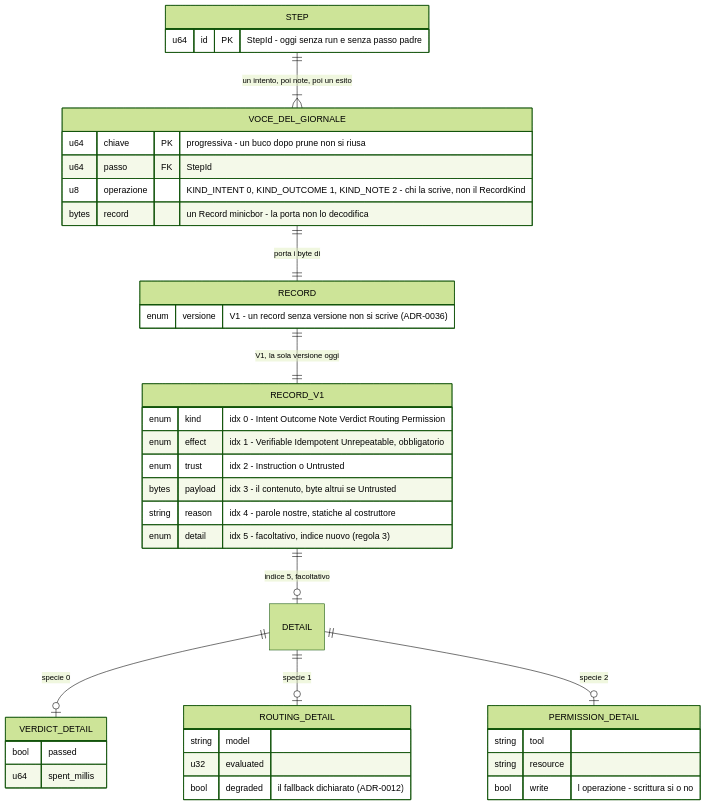
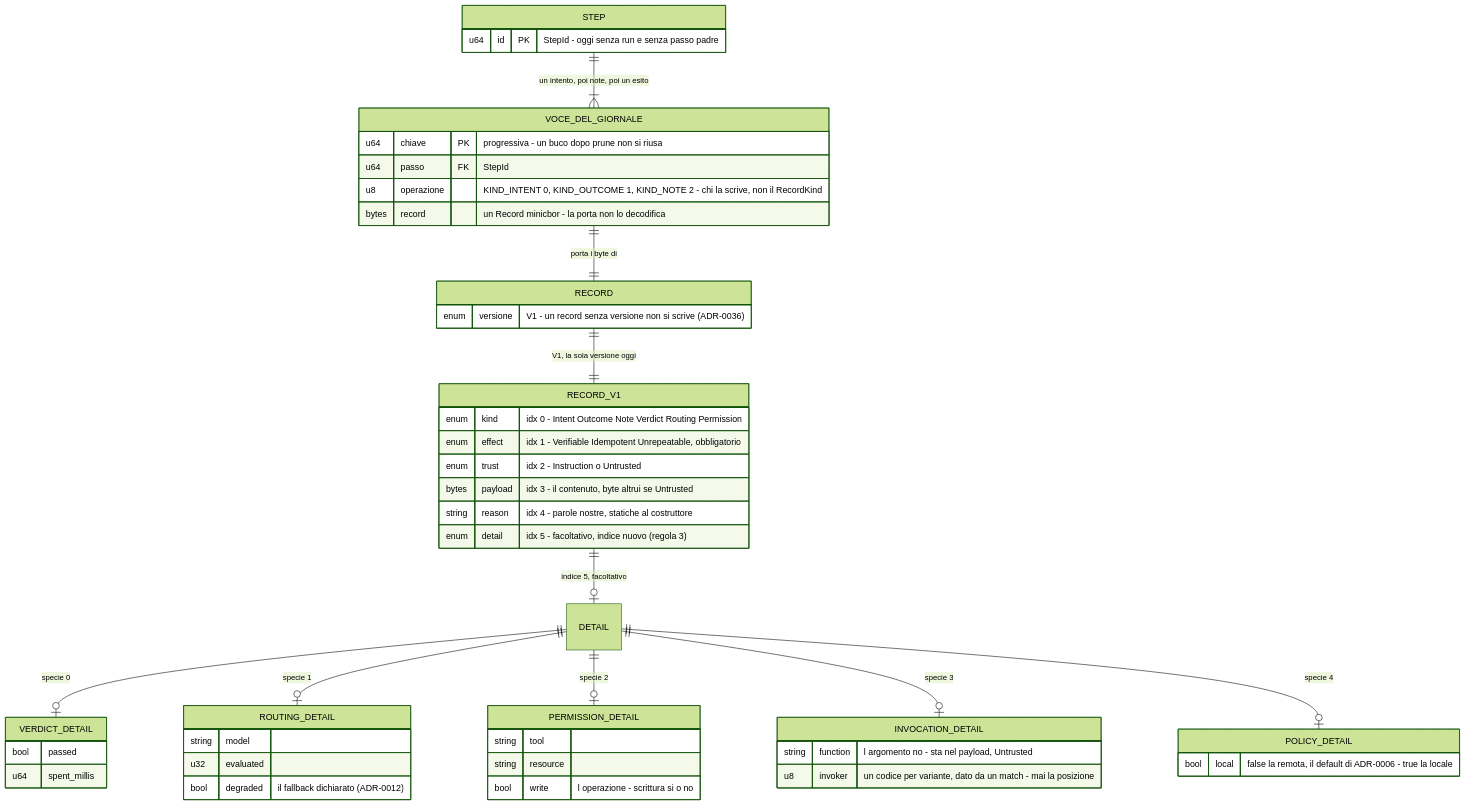
Before and after one commit to devfrx/daemon: the first of 2 diagrams in docs/design/10-modello-dei-dati-durevoli.md, drawn with Mermaid (forest theme). The commit also changed other lines of this file and 11 other files, not shown here.

````diff
--- a/docs/design/10-modello-dei-dati-durevoli.md
+++ b/docs/design/10-modello-dei-dati-durevoli.md
@@ -29,45 +29,54 @@
 ```mermaid
 erDiagram
     STEP ||--|{ VOCE_DEL_GIORNALE : "un intento, poi note, poi un esito"
     VOCE_DEL_GIORNALE ||--|| RECORD : "porta i byte di"
     RECORD ||--|| RECORD_V1 : "V1, la sola versione oggi"
     RECORD_V1 ||--o| DETAIL : "indice 5, facoltativo"
     DETAIL ||--o| VERDICT_DETAIL : "specie 0"
     DETAIL ||--o| ROUTING_DETAIL : "specie 1"
     DETAIL ||--o| PERMISSION_DETAIL : "specie 2"
+    DETAIL ||--o| INVOCATION_DETAIL : "specie 3"
+    DETAIL ||--o| POLICY_DETAIL : "specie 4"
 
     STEP {
         u64 id PK "StepId - oggi senza run e senza passo padre"
     }
     VOCE_DEL_GIORNALE {
         u64 chiave PK "progressiva - un buco dopo prune non si riusa"
         u64 passo FK "StepId"
         u8 operazione "KIND_INTENT 0, KIND_OUTCOME 1, KIND_NOTE 2 - chi la scrive, non il RecordKind"
         bytes record "un Record minicbor - la porta non lo decodifica"
     }
     RECORD {
         enum versione "V1 - un record senza versione non si scrive (ADR-0036)"
     }
     RECORD_V1 {
         enum kind "idx 0 - Intent Outcome Note Verdict Routing Permission"
         enum effect "idx 1 - Verifiable Idempotent Unrepeatable, obbligatorio"
         enum trust "idx 2 - Instruction o Untrusted"
         bytes payload "idx 3 - il contenuto, byte altrui se Untrusted"
         string reason "idx 4 - parole nostre, statiche al costruttore"
         enum detail "idx 5 - facoltativo, indice nuovo (regola 3)"
     }
     VERDICT_DETAIL {
         bool passed
         u64 spent_millis
     }
     ROUTING_DETAIL {
         string model
         u32 evaluated
         bool degraded "il fallback dichiarato (ADR-0012)"
     }
     PERMISSION_DETAIL {
         string tool
         string resource
         bool write "l operazione - scrittura si o no"
     }
+    INVOCATION_DETAIL {
+        string function "l argomento no - sta nel payload, Untrusted"
+        u8 invoker "un codice per variante, dato da un match - mai la posizione"
+    }
+    POLICY_DETAIL {
+        bool local "false la remota, il default di ADR-0006 - true la locale"
+    }
 ```
````
